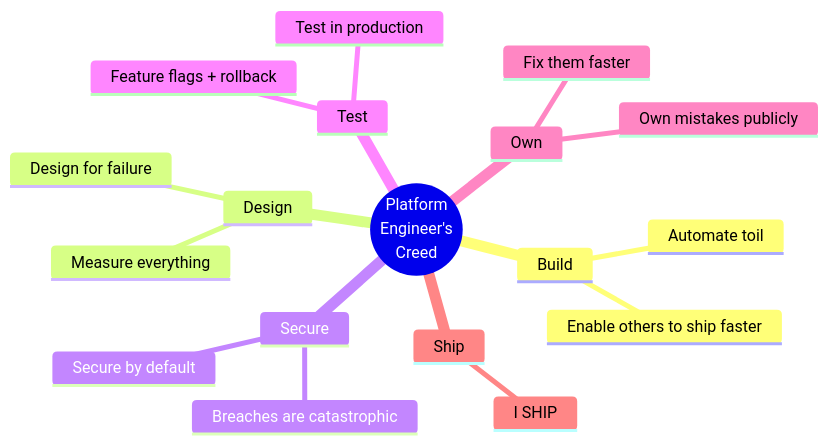
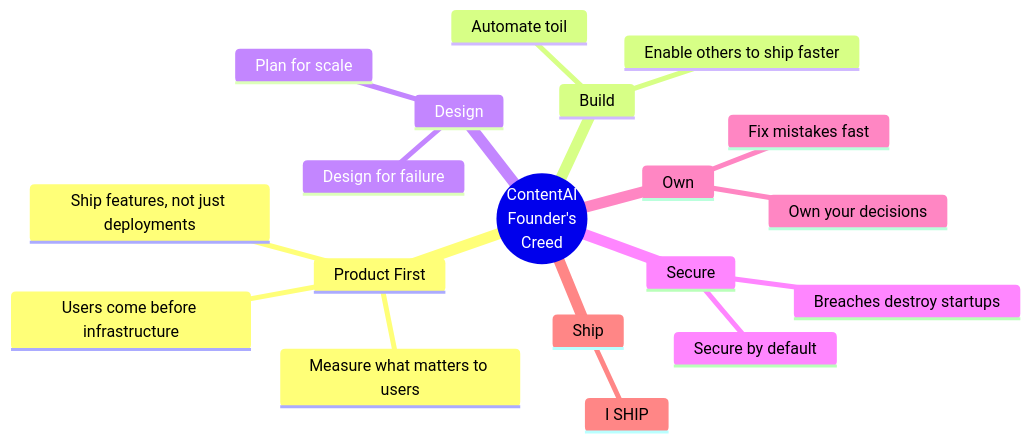
One commit to PearlThoughtsInternship/Internship-Obsidian-Vault changed the fourth of 4 diagrams in DevOps/04-Internship/01-Before-You-Begin.md. Above: the diagram before and after it, drawn with Mermaid. The commit also changed other lines of this file and 4 other files, not shown here.

First line of the commit message:
Reframe all internship docs around ContentAI product narrative

````diff
--- a/DevOps/04-Internship/01-Before-You-Begin.md
+++ b/DevOps/04-Internship/01-Before-You-Begin.md
@@ -193,21 +198,22 @@
 ```mermaid
 mindmap
-  root((Platform<br/>Engineer's<br/>Creed))
+  root((ContentAI<br/>Founder's<br/>Creed))
+    Product First
+      Users come before infrastructure
+      Ship features, not just deployments
+      Measure what matters to users
     Build
       Enable others to ship faster
       Automate toil
     Design
       Design for failure
-      Measure everything
+      Plan for scale
     Secure
       Secure by default
-      Breaches are catastrophic
-    Test
-      Test in production
-      Feature flags + rollback
+      Breaches destroy startups
     Own
-      Own mistakes publicly
-      Fix them faster
+      Own your decisions
+      Fix mistakes fast
     Ship
       I SHIP
 ```
````
